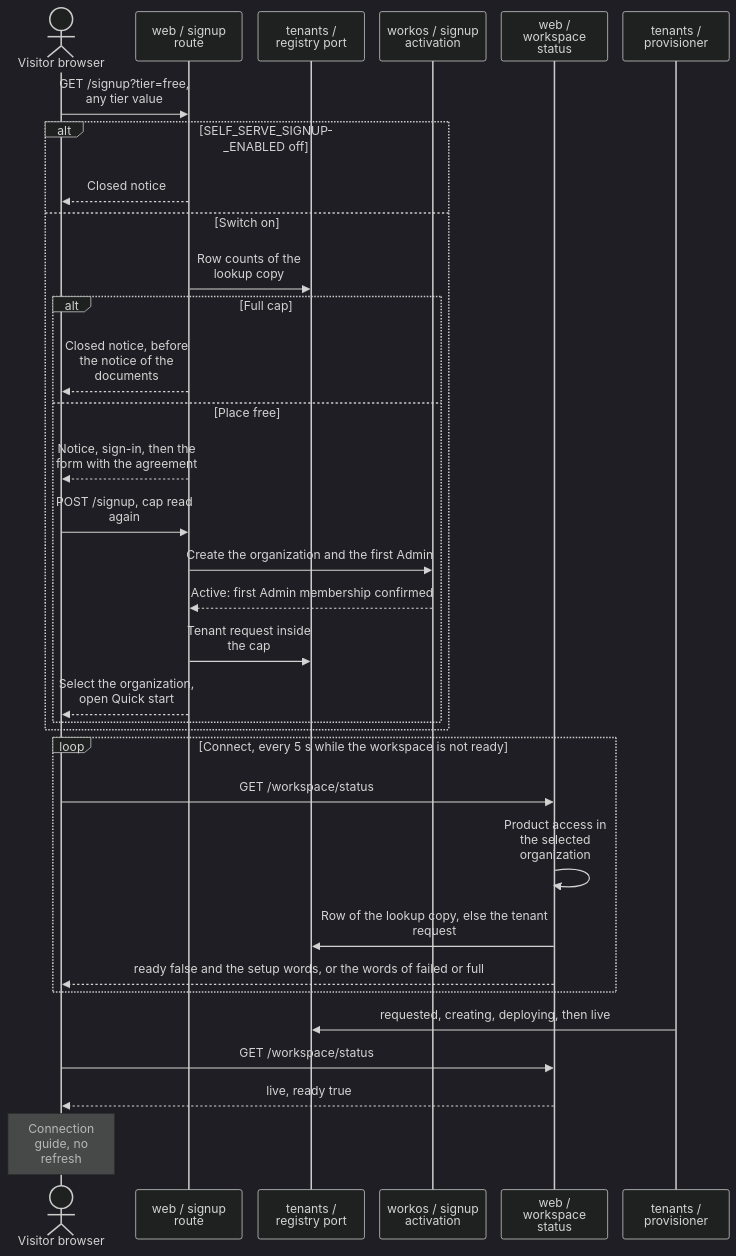
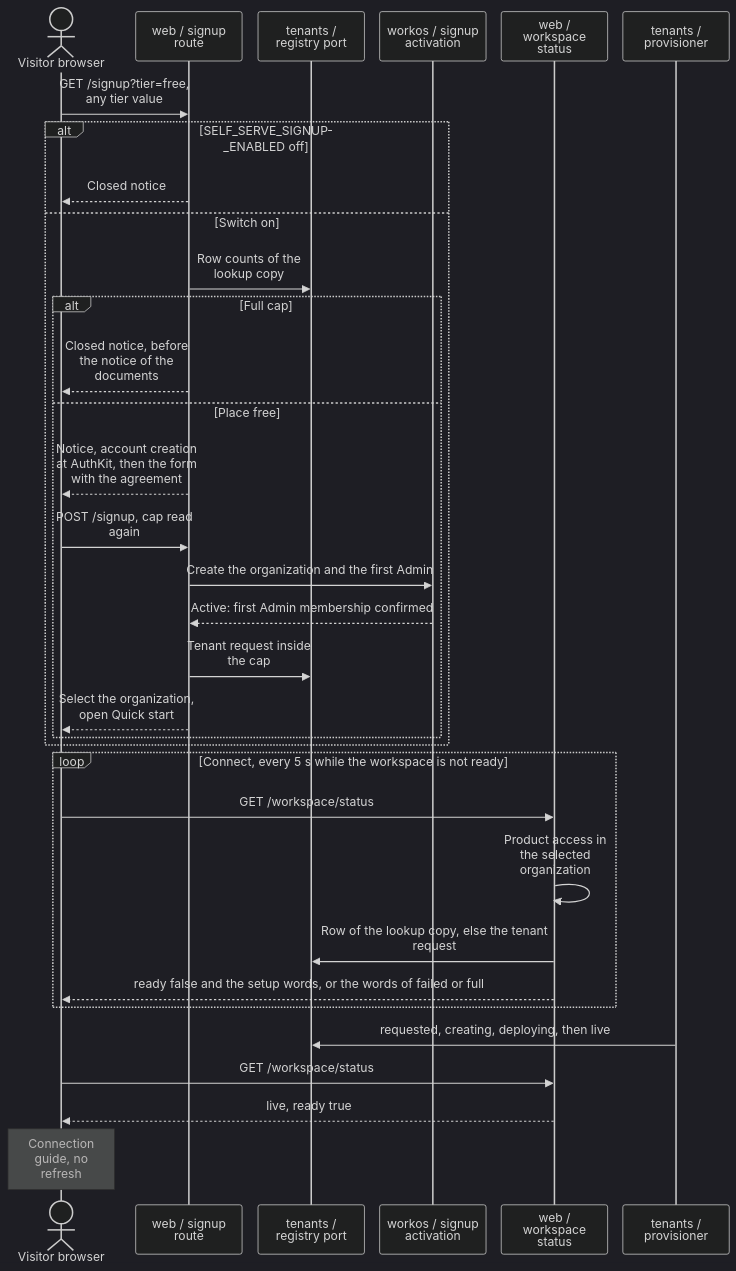
One commit to tomer-mayara/Thermus changed diagram 16 of 24 in architecture/components.md. Above: the diagram before and after it, drawn with Mermaid (dark theme). The commit also changed other lines of this file and 30 other files, not shown here.

````diff
--- a/architecture/components.md
+++ b/architecture/components.md
@@ -1446,36 +1449,36 @@
 ```mermaid
 %%{init: {"sequence": {"wrap": true, "actorMargin": 20, "width": 140}}}%%
 sequenceDiagram
   actor Browser as Visitor browser
   participant Signup as web / signup route
   participant Registry as tenants / registry port
   participant Activation as workos / signup activation
   participant Status as web / workspace status
   participant Prov as tenants / provisioner
   Browser->>Signup: GET /signup?tier=free, any tier value
   alt SELF_SERVE_SIGNUP_ENABLED off
     Signup-->>Browser: Closed notice
   else Switch on
     Signup->>Registry: Row counts of the lookup copy
     alt Full cap
       Signup-->>Browser: Closed notice, before the notice of the documents
     else Place free
-      Signup-->>Browser: Notice, sign-in, then the form with the agreement
+      Signup-->>Browser: Notice, account creation at AuthKit, then the form with the agreement
       Browser->>Signup: POST /signup, cap read again
       Signup->>Activation: Create the organization and the first Admin
       Activation-->>Signup: Active: first Admin membership confirmed
       Signup->>Registry: Tenant request inside the cap
       Signup-->>Browser: Select the organization, open Quick start
     end
   end
   loop Connect, every 5 s while the workspace is not ready
     Browser->>Status: GET /workspace/status
     Status->>Status: Product access in the selected organization
     Status->>Registry: Row of the lookup copy, else the tenant request
     Status-->>Browser: ready false and the setup words, or the words of failed or full
   end
   Prov->>Registry: requested, creating, deploying, then live
   Browser->>Status: GET /workspace/status
   Status-->>Browser: live, ready true
   Note over Browser: Connection guide, no refresh
 ```
````
